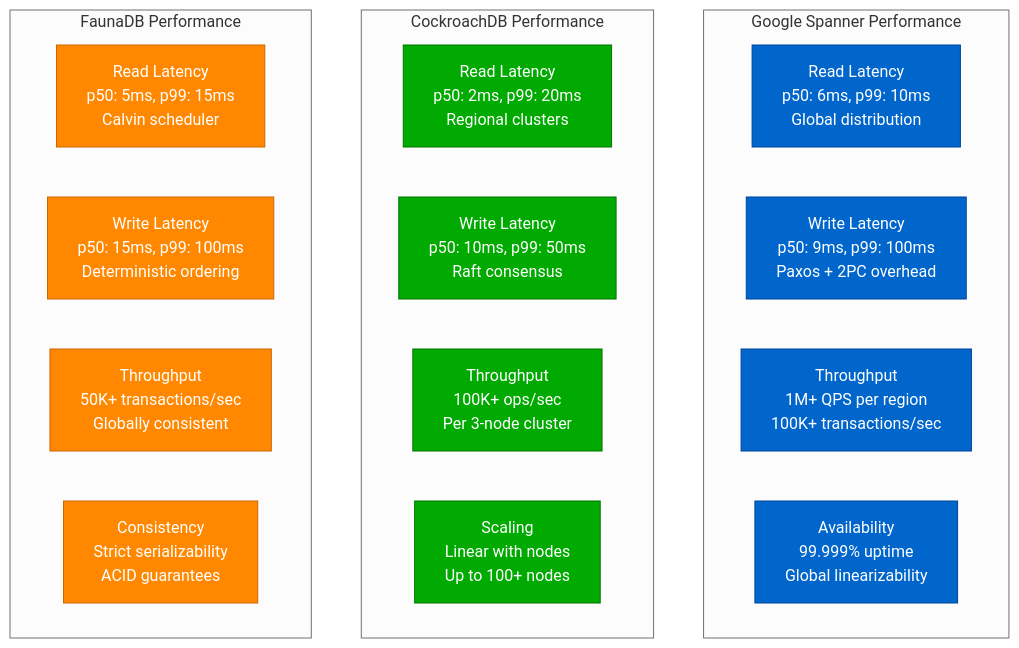
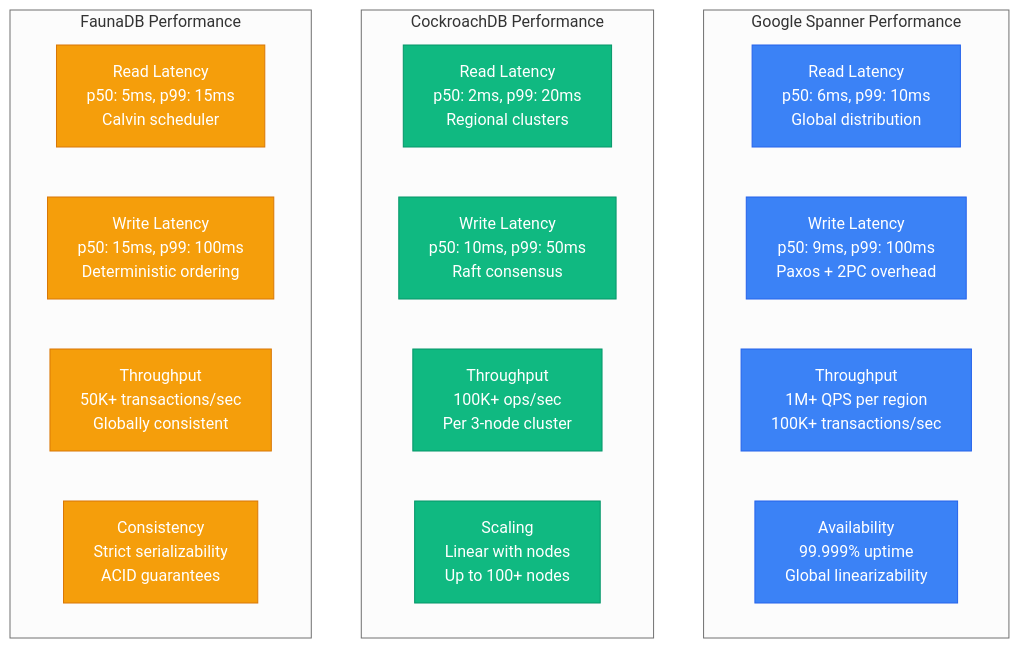
The fourth of 10 diagrams in site/docs/guarantees/linearizability/linearizability-performance.md (deepaucksharma/DS), drawn with Mermaid (neutral theme) before and after one commit. The commit also changed other lines of this file and 303 other files, not shown here.

````diff
--- a/site/docs/guarantees/linearizability/linearizability-performance.md
+++ b/site/docs/guarantees/linearizability/linearizability-performance.md
@@ -145,31 +145,31 @@
 ```mermaid
 graph TB
     subgraph GoogleSpanner[Google Spanner Performance]
         GS1[Read Latency<br/>p50: 6ms, p99: 10ms<br/>Global distribution]
         GS2[Write Latency<br/>p50: 9ms, p99: 100ms<br/>Paxos + 2PC overhead]
         GS3[Throughput<br/>1M+ QPS per region<br/>100K+ transactions/sec]
         GS4[Availability<br/>99.999% uptime<br/>Global linearizability]
     end
 
     subgraph CockroachDB[CockroachDB Performance]
         CR1[Read Latency<br/>p50: 2ms, p99: 20ms<br/>Regional clusters]
         CR2[Write Latency<br/>p50: 10ms, p99: 50ms<br/>Raft consensus]
         CR3[Throughput<br/>100K+ ops/sec<br/>Per 3-node cluster]
         CR4[Scaling<br/>Linear with nodes<br/>Up to 100+ nodes]
     end
 
     subgraph FaunaDB[FaunaDB Performance]
         FD1[Read Latency<br/>p50: 5ms, p99: 15ms<br/>Calvin scheduler]
         FD2[Write Latency<br/>p50: 15ms, p99: 100ms<br/>Deterministic ordering]
         FD3[Throughput<br/>50K+ transactions/sec<br/>Globally consistent]
         FD4[Consistency<br/>Strict serializability<br/>ACID guarantees]
     end
 
-    classDef spannerStyle fill:#0066CC,stroke:#004499,color:#fff
-    classDef cockroachStyle fill:#00AA00,stroke:#007700,color:#fff
-    classDef faunaStyle fill:#FF8800,stroke:#CC6600,color:#fff
+    classDef spannerStyle fill:#3B82F6,stroke:#2563EB,color:#fff
+    classDef cockroachStyle fill:#10B981,stroke:#059669,color:#fff
+    classDef faunaStyle fill:#F59E0B,stroke:#D97706,color:#fff
 
     class GS1,GS2,GS3,GS4 spannerStyle
     class CR1,CR2,CR3,CR4 cockroachStyle
     class FD1,FD2,FD3,FD4 faunaStyle
 ```
````
